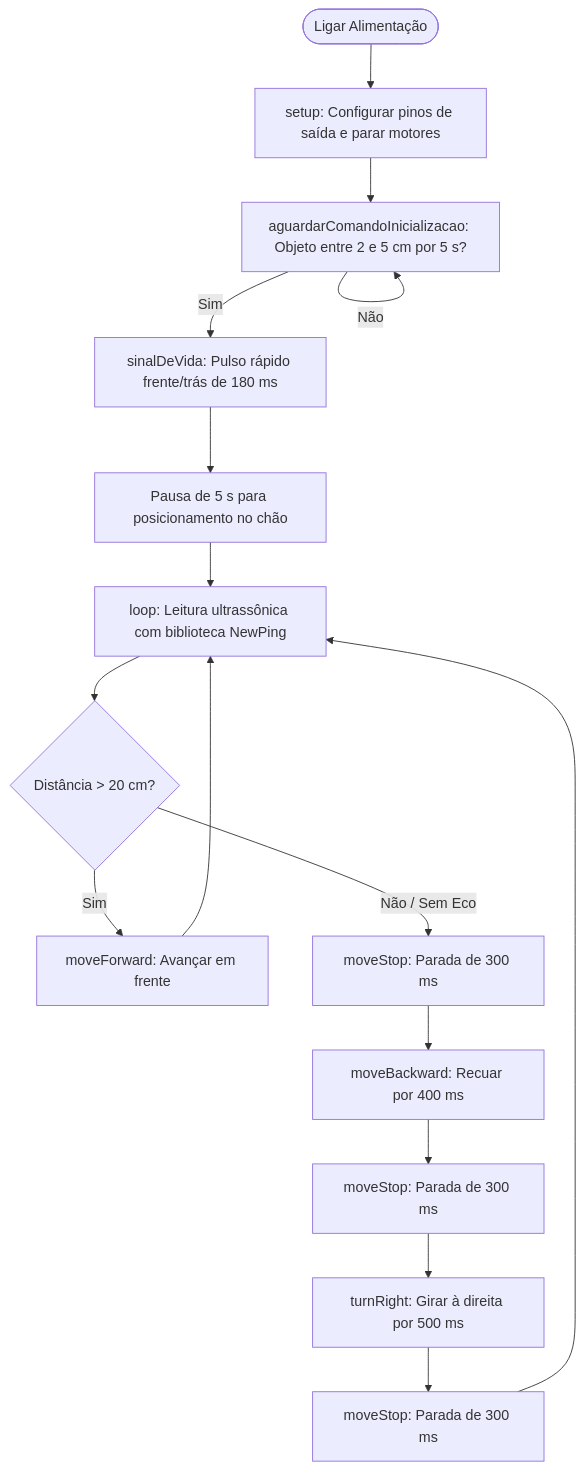
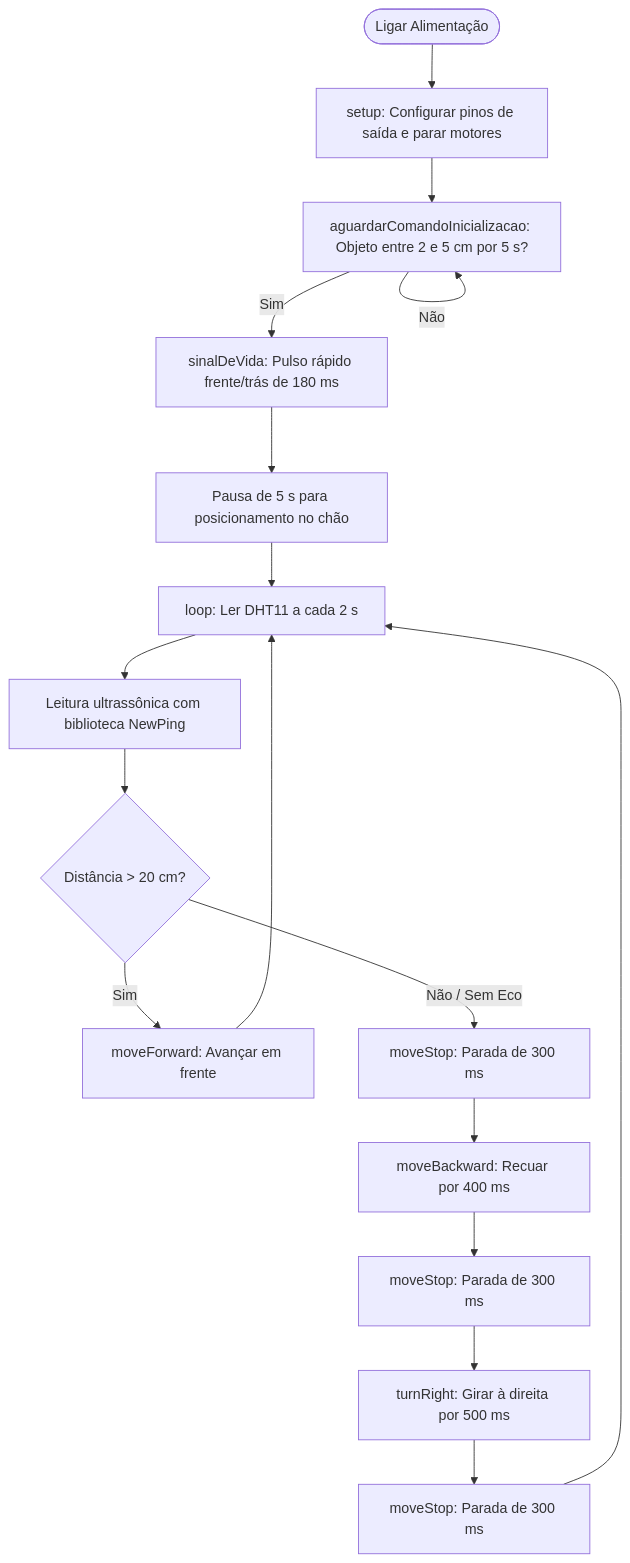
Before and after one commit to LoGoMax1/Monster-Uno-Car: the diagram in README.md, drawn with Mermaid. The commit also changed other lines of this file and 7 other files, not shown here.

Commit message:
Adicionar suporte ao sensor DHT11 para monitoramento de temperatura e umidade; atualizar README com novas informações e imagens.

````diff
--- a/README.md
+++ b/README.md
@@ -73,18 +74,19 @@
 ```mermaid
 flowchart TD
     A([Ligar Alimentação]) --> B[setup: Configurar pinos de saída e parar motores]
     B --> C[aguardarComandoInicializacao: Objeto entre 2 e 5 cm por 5 s?]
     C -- Não --> C
     C -- Sim --> D[sinalDeVida: Pulso rápido frente/trás de 180 ms]
     D --> E[Pausa de 5 s para posicionamento no chão]
-    E --> F[loop: Leitura ultrassônica com biblioteca NewPing]
-    F --> G{Distância > 20 cm?}
-    G -- Sim --> H[moveForward: Avançar em frente]
-    H --> F
-    G -- Não / Sem Eco --> I[moveStop: Parada de 300 ms]
-    I --> J[moveBackward: Recuar por 400 ms]
-    J --> K[moveStop: Parada de 300 ms]
-    K --> L[turnRight: Girar à direita por 500 ms]
-    L --> M[moveStop: Parada de 300 ms]
-    M --> F
+    E --> F[loop: Ler DHT11 a cada 2 s]
+    F --> G[Leitura ultrassônica com biblioteca NewPing]
+    G --> H{Distância > 20 cm?}
+    H -- Sim --> I[moveForward: Avançar em frente]
+    I --> F
+    H -- Não / Sem Eco --> J[moveStop: Parada de 300 ms]
+    J --> K[moveBackward: Recuar por 400 ms]
+    K --> L[moveStop: Parada de 300 ms]
+    L --> M[turnRight: Girar à direita por 500 ms]
+    M --> N[moveStop: Parada de 300 ms]
+    N --> F
 ```
````
